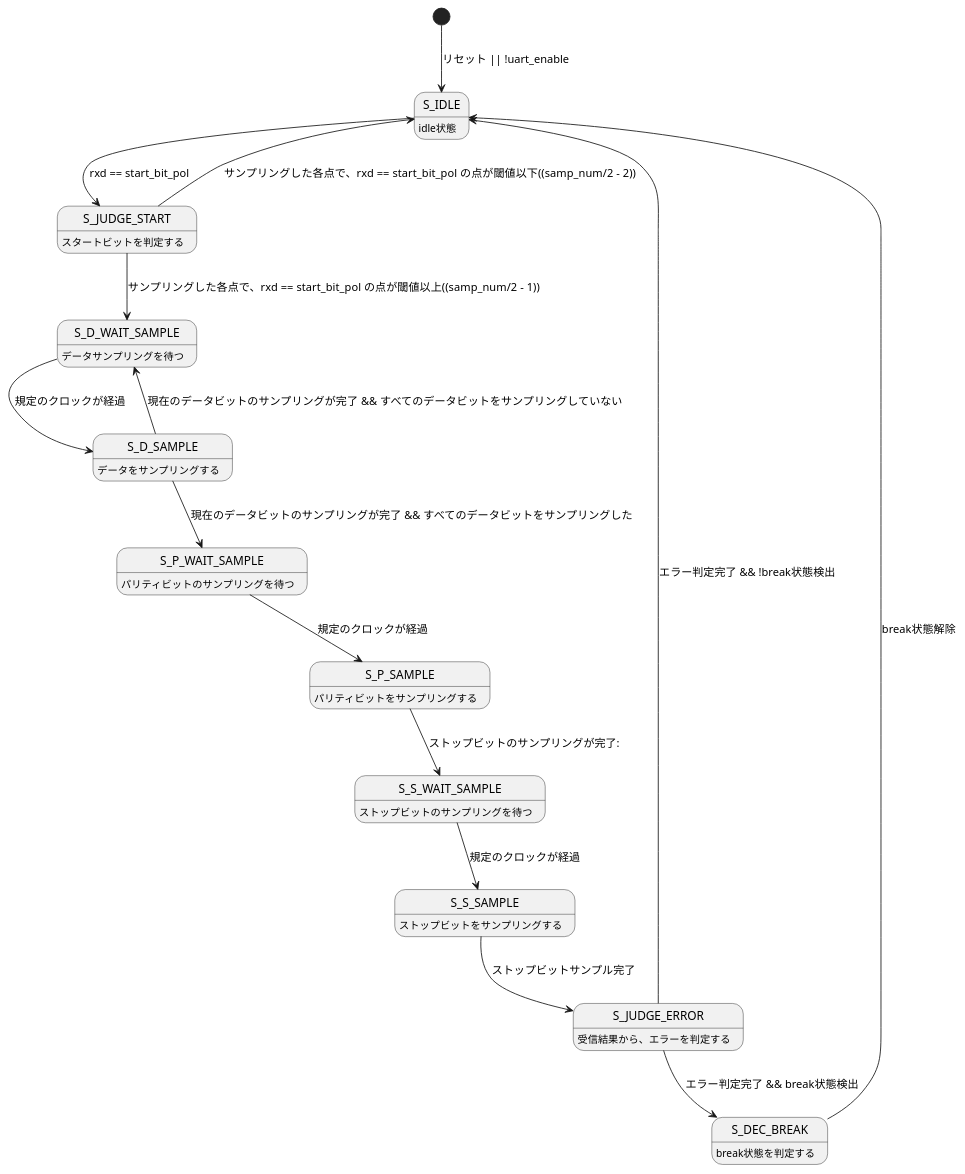
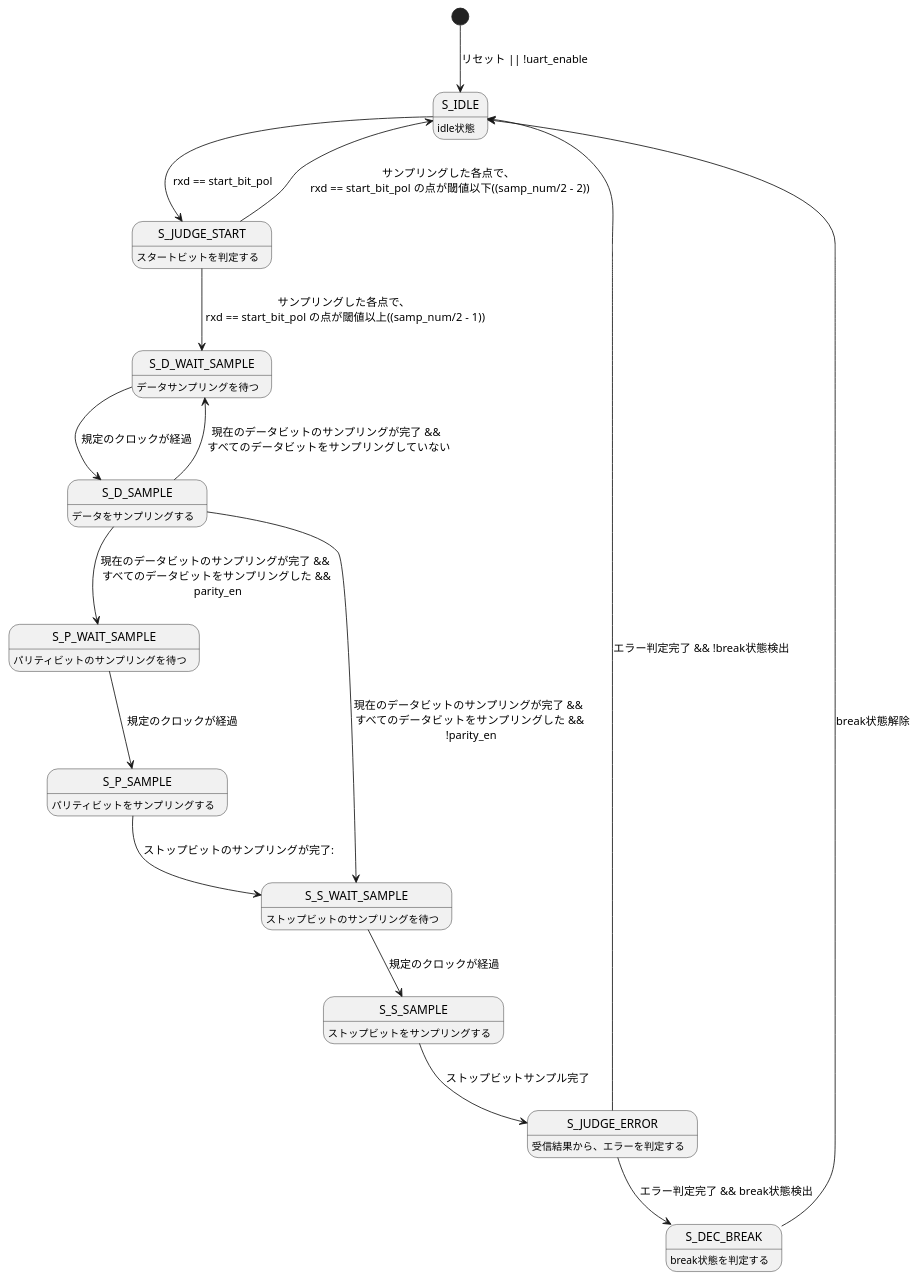
The diagram in peripheral/uart/doc/figure/uart_rx_fsm.pu (YKengo1224/rtl-ip-library), drawn with PlantUML before and after one commit. The commit also changed 8 other files, not shown here.

```diff
--- a/peripheral/uart/doc/figure/uart_rx_fsm.pu
+++ b/peripheral/uart/doc/figure/uart_rx_fsm.pu
@@ -1,31 +1,32 @@
 @startuml
 hide empty description
 
 [*] --> S_IDLE : リセット || !uart_enable
 
 S_IDLE :idle状態
 S_JUDGE_START : スタートビットを判定する
 S_D_WAIT_SAMPLE : データサンプリングを待つ
 S_D_SAMPLE : データをサンプリングする
 S_P_WAIT_SAMPLE : パリティビットのサンプリングを待つ
 S_P_SAMPLE : パリティビットをサンプリングする
 S_S_WAIT_SAMPLE : ストップビットのサンプリングを待つ
 S_S_SAMPLE : ストップビットをサンプリングする
 S_JUDGE_ERROR : 受信結果から、エラーを判定する
 S_DEC_BREAK : break状態を判定する
 
 S_IDLE --> S_JUDGE_START : rxd == start_bit_pol
-S_JUDGE_START --> S_IDLE : サンプリングした各点で、rxd == start_bit_pol の点が閾値以下((samp_num/2  - 2))
-S_JUDGE_START --> S_D_WAIT_SAMPLE : サンプリングした各点で、rxd == start_bit_pol の点が閾値以上((samp_num/2  - 1))
+S_JUDGE_START --> S_IDLE : サンプリングした各点で、\n rxd == start_bit_pol の点が閾値以下((samp_num/2  - 2))
+S_JUDGE_START --> S_D_WAIT_SAMPLE : サンプリングした各点で、\n rxd == start_bit_pol の点が閾値以上((samp_num/2  - 1))
 S_D_WAIT_SAMPLE --> S_D_SAMPLE : 規定のクロックが経過
-S_D_SAMPLE --> S_D_WAIT_SAMPLE : 現在のデータビットのサンプリングが完了 && すべてのデータビットをサンプリングしていない
-S_D_SAMPLE --> S_P_WAIT_SAMPLE : 現在のデータビットのサンプリングが完了 && すべてのデータビットをサンプリングした
+S_D_SAMPLE --> S_D_WAIT_SAMPLE : 現在のデータビットのサンプリングが完了 && \n すべてのデータビットをサンプリングしていない
+S_D_SAMPLE --> S_P_WAIT_SAMPLE : 現在のデータビットのサンプリングが完了 && \n すべてのデータビットをサンプリングした && \n parity_en
+S_D_SAMPLE --> S_S_WAIT_SAMPLE : 現在のデータビットのサンプリングが完了 && \n すべてのデータビットをサンプリングした && \n !parity_en
 S_P_WAIT_SAMPLE --> S_P_SAMPLE : 規定のクロックが経過
 S_P_SAMPLE --> S_S_WAIT_SAMPLE : ストップビットのサンプリングが完了:
 S_S_WAIT_SAMPLE --> S_S_SAMPLE : 規定のクロックが経過 
 S_S_SAMPLE --> S_JUDGE_ERROR : ストップビットサンプル完了
 S_JUDGE_ERROR --> S_DEC_BREAK : エラー判定完了 && break状態検出
 S_JUDGE_ERROR --> S_IDLE : エラー判定完了 && !break状態検出
 S_DEC_BREAK --> S_IDLE : break状態解除
 
 @enduml
```
